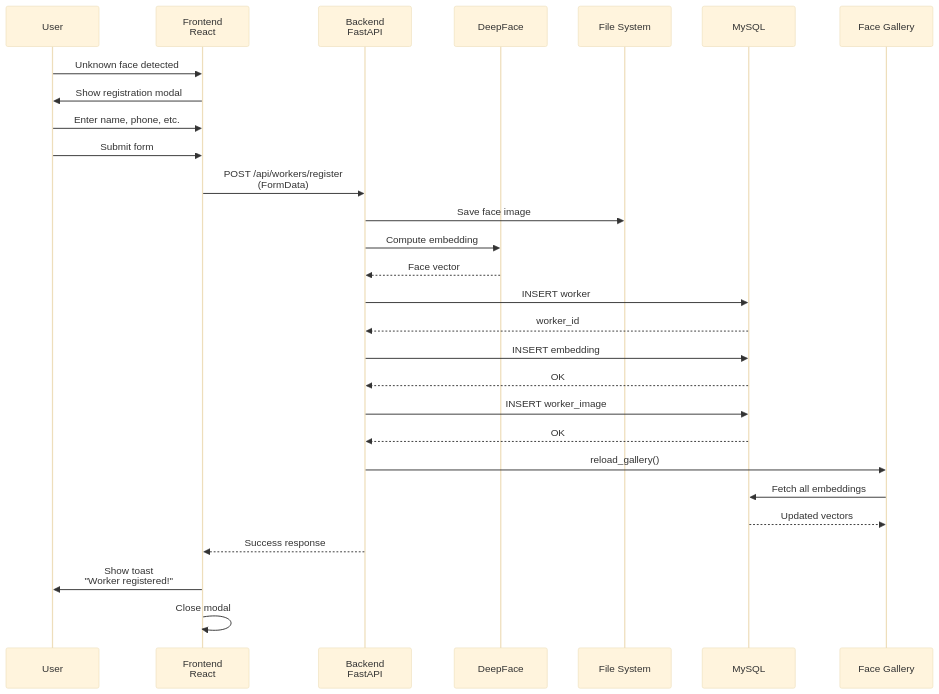
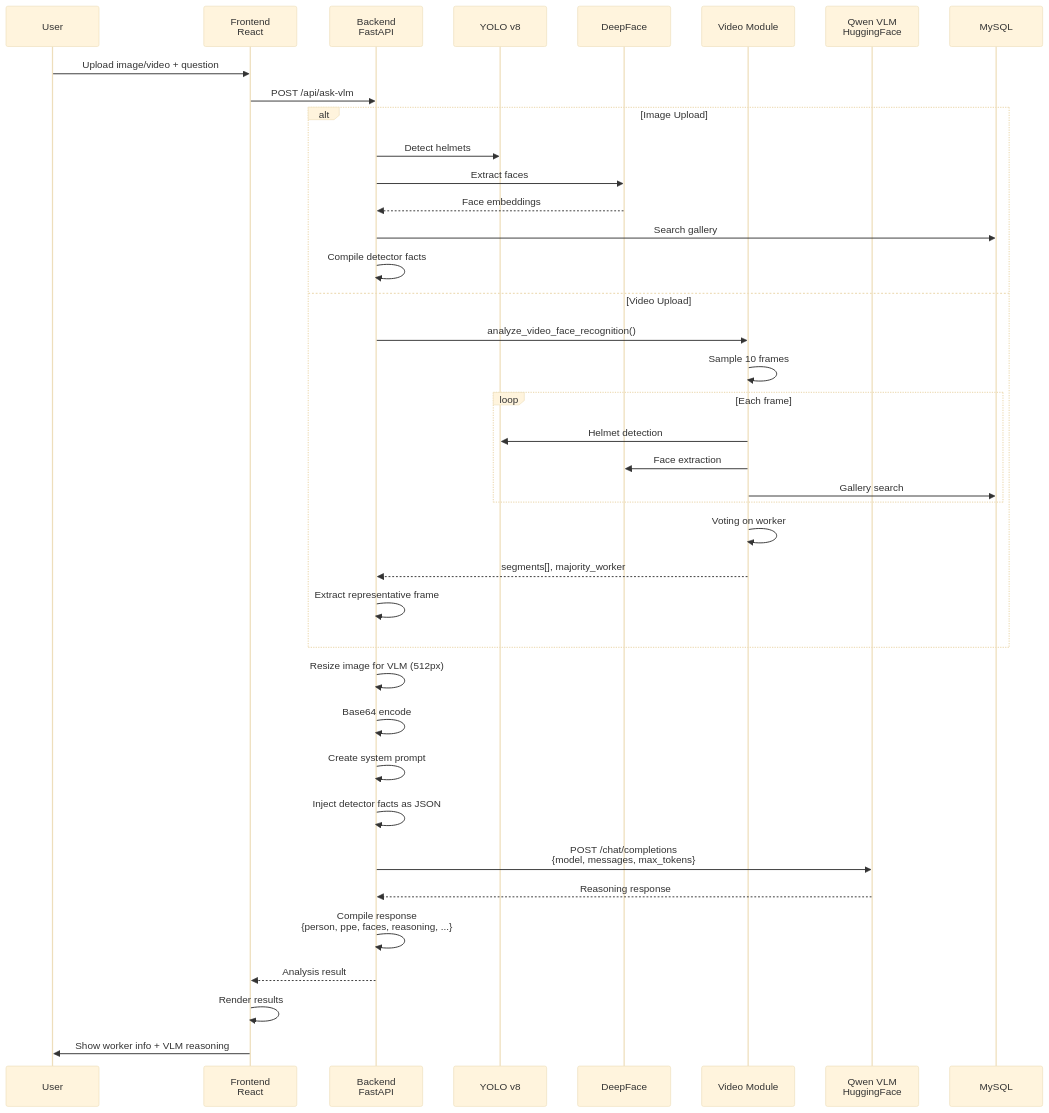
Before and after one commit to Gururaj15/VINIMI: the fifth of 11 diagrams in ARCHITECTURE_DIAGRAMS.md, drawn with Mermaid (base theme). The commit also changed other lines of this file and 2 other files, not shown here.

First line of the commit message:
docs: Update architecture diagrams for v2.0+ with VLM and multi-sample registration

````diff
--- a/ARCHITECTURE_DIAGRAMS.md
+++ b/ARCHITECTURE_DIAGRAMS.md
@@ -396,39 +272,47 @@
 ```mermaid
 sequenceDiagram
     participant User
     participant Frontend as Frontend<br/>React
     participant Backend as Backend<br/>FastAPI
+    participant YOLO as YOLO v8
     participant DeepFace as DeepFace
-    participant FileSystem as File System
+    participant VideoProc as Video Module
+    participant VLM as Qwen VLM<br/>HuggingFace
     participant MySQL as MySQL
-    participant Gallery as Face Gallery
     
-    User->>Frontend: Unknown face detected
-    Frontend->>User: Show registration modal
+    User->>Frontend: Upload image/video + question
+    Frontend->>Backend: POST /api/ask-vlm
     
-    User->>Frontend: Enter name, phone, etc.
-    User->>Frontend: Submit form
+    alt Image Upload
+        Backend->>YOLO: Detect helmets
+        Backend->>DeepFace: Extract faces
+        DeepFace-->>Backend: Face embeddings
+        Backend->>MySQL: Search gallery
+        Backend->>Backend: Compile detector facts
+    else Video Upload
+        Backend->>VideoProc: analyze_video_face_recognition()
+        VideoProc->>VideoProc: Sample 10 frames
+        loop Each frame
+            VideoProc->>YOLO: Helmet detection
+            VideoProc->>DeepFace: Face extraction
+            VideoProc->>MySQL: Gallery search
+        end
+        VideoProc->>VideoProc: Voting on worker
+        VideoProc-->>Backend: segments[], majority_worker
+        Backend->>Backend: Extract representative frame
+    end
     
-    Frontend->>Backend: POST /api/workers/register<br/>(FormData)
+    Backend->>Backend: Resize image for VLM (512px)
+    Backend->>Backend: Base64 encode
+    Backend->>Backend: Create system prompt
+    Backend->>Backend: Inject detector facts as JSON
     
-    Backend->>FileSystem: Save face image
-    Backend->>DeepFace: Compute embedding
-    DeepFace-->>Backend: Face vector
+    Backend->>VLM: POST /chat/completions<br/>{model, messages, max_tokens}
+    VLM-->>Backend: Reasoning response
     
-    Backend->>MySQL: INSERT worker
-    MySQL-->>Backend: worker_id
+    Backend->>Backend: Compile response<br/>{person, ppe, faces, reasoning, ...}
+    Backend-->>Frontend: Analysis result
     
-    Backend->>MySQL: INSERT embedding
-    MySQL-->>Backend: OK
-    
-    Backend->>MySQL: INSERT worker_image
-    MySQL-->>Backend: OK
-    
-    Backend->>Gallery: reload_gallery()
-    Gallery->>MySQL: Fetch all embeddings
-    MySQL-->>Gallery: Updated vectors
-    
-    Backend-->>Frontend: Success response
-    Frontend->>User: Show toast<br/>"Worker registered!"
-    Frontend->>Frontend: Close modal
+    Frontend->>Frontend: Render results
+    Frontend->>User: Show worker info + VLM reasoning
 ```
````
